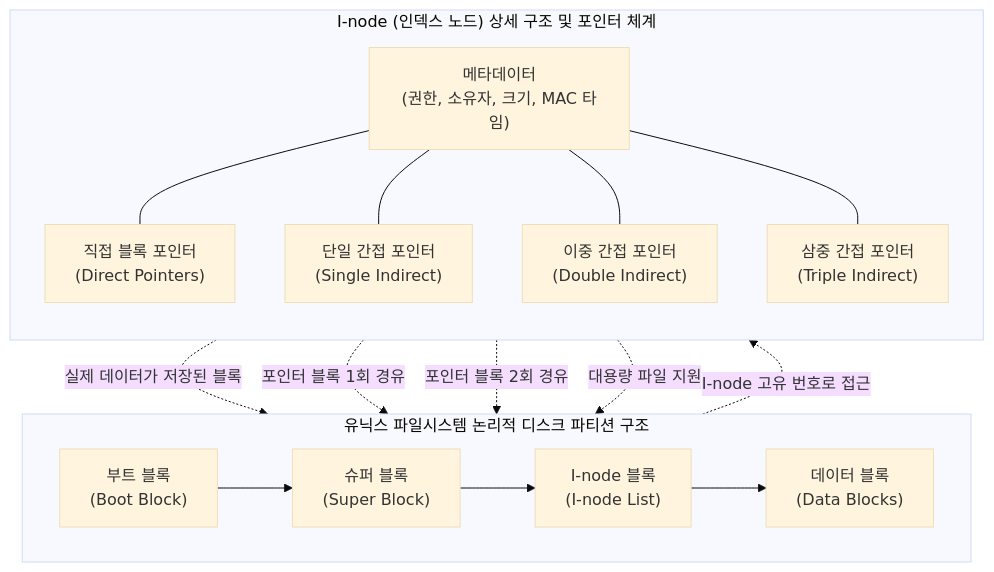
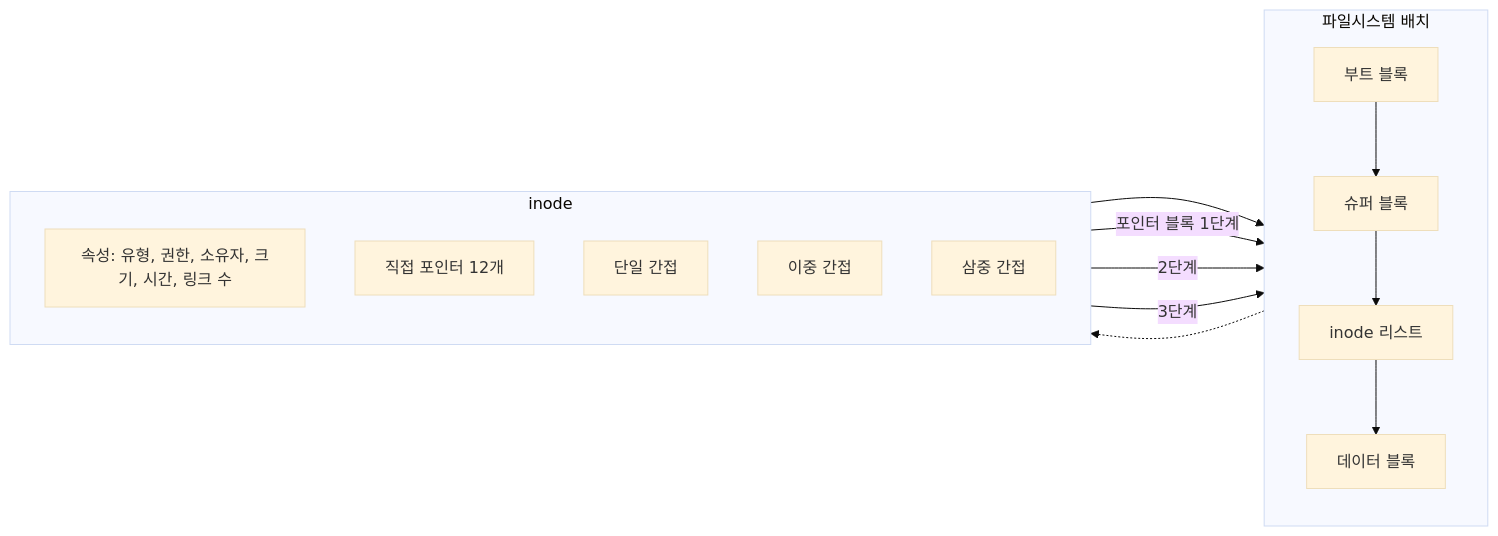
The diagram in content/01_IT Tech/유닉스 파일 시스템.md (supremethumb/supremethumb.github.io), drawn with Mermaid (base theme) before and after one commit. The commit also changed other lines of this file and 1087 other files, not shown here.

````diff
--- a/content/01_IT Tech/유닉스 파일 시스템.md
+++ b/content/01_IT Tech/유닉스 파일 시스템.md
@@ -23,33 +35,20 @@
 ```mermaid
-flowchart TB
-    subgraph Disk_Layout["유닉스 파일시스템 논리적 디스크 파티션 구조"]
-        direction LR
-        Boot["부트 블록<br/>(Boot Block)"]
-        Super["슈퍼 블록<br/>(Super Block)"]
-        InodeList["I-node 블록<br/>(I-node List)"]
-        DataBlock["데이터 블록<br/>(Data Blocks)"]
-        
-        Boot --> Super --> InodeList --> DataBlock
+flowchart LR
+    subgraph DISK["파일시스템 배치"]
+        direction TB
+        B["부트 블록"] --> S["슈퍼 블록"] --> I["inode 리스트"] --> D["데이터 블록"]
     end
-
-    subgraph Inode_Details["I-node (인덱스 노드) 상세 구조 및 포인터 체계"]
+    subgraph INODE["inode"]
         direction TB
-        Meta["메타데이터<br/>(권한, 소유자, 크기, MAC 타임)"]
-        Direct["직접 블록 포인터<br/>(Direct Pointers)"]
-        Single["단일 간접 포인터<br/>(Single Indirect)"]
-        Double["이중 간접 포인터<br/>(Double Indirect)"]
-        Triple["삼중 간접 포인터<br/>(Triple Indirect)"]
-        
-        Meta --- Direct
-        Meta --- Single
-        Meta --- Double
-        Meta --- Triple
+        M["속성: 유형, 권한, 소유자, 크기, 시간, 링크 수"]
+        DP["직접 포인터 12개"]
+        SI["단일 간접"]
+        DI["이중 간접"]
+        TI["삼중 간접"]
     end
-
-    InodeList -. "I-node 고유 번호로 접근" .-> Inode_Details
-    Direct -. "실제 데이터가 저장된 블록" .-> DataBlock
-    Single -. "포인터 블록 1회 경유" .-> DataBlock
-    Double -. "포인터 블록 2회 경유" .-> DataBlock
-    Triple -. "대용량 파일 지원" .-> DataBlock
-
+    I -.-> INODE
+    DP --> D
+    SI -->|"포인터 블록 1단계"| D
+    DI -->|"2단계"| D
+    TI -->|"3단계"| D
 ```
````
